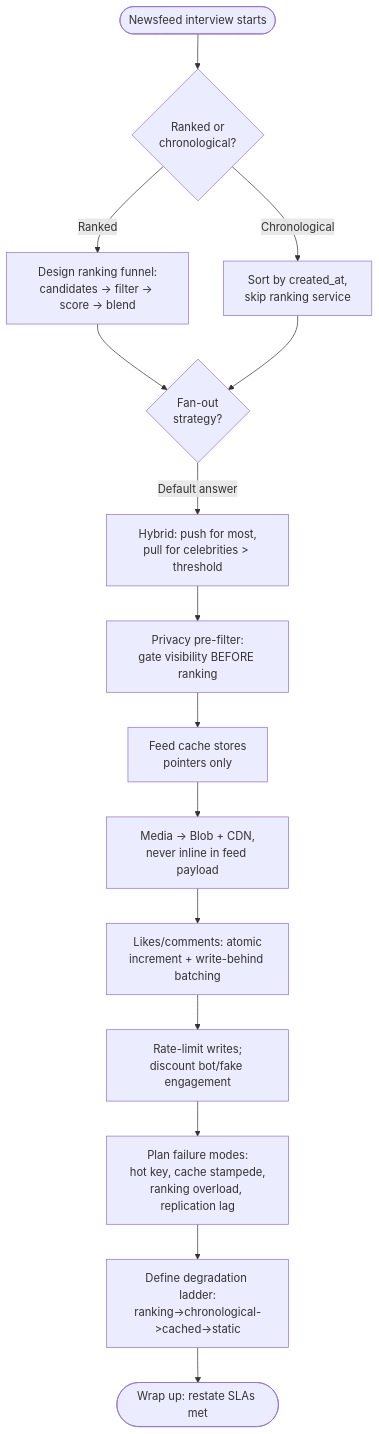
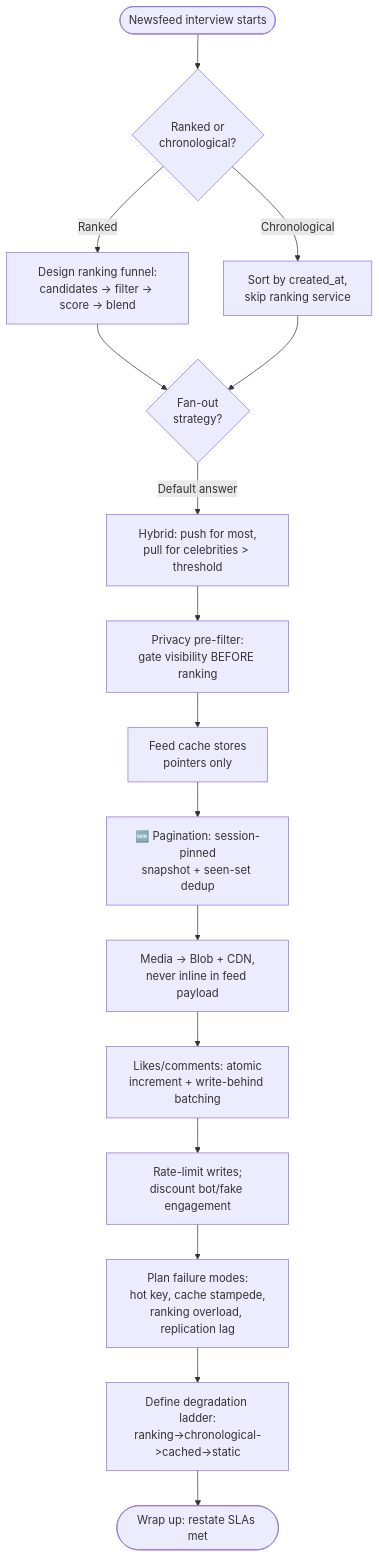
One commit to riyaz-pasha/Learnings changed diagram 21 of 21 in system-design/HLD/0-course/32-Design Newsfeed System-FAANG-Guide.md. Above: the diagram before and after it, drawn with Mermaid. The commit also changed other lines of this file and 50 other files, not shown here.

````diff
--- a/system-design/HLD/0-course/32-Design Newsfeed System-FAANG-Guide.md
+++ b/system-design/HLD/0-course/32-Design Newsfeed System-FAANG-Guide.md
@@ -866,17 +978,18 @@
 ```mermaid
 flowchart TD
     Start([Newsfeed interview starts]) --> Q1{Ranked or\nchronological?}
     Q1 -->|Ranked| Rank[Design ranking funnel:\ncandidates -> filter -> score -> blend]
     Q1 -->|Chronological| Simple[Sort by created_at,\nskip ranking service]
     Rank --> FanOut
     Simple --> FanOut
     FanOut{Fan-out\nstrategy?} -->|Default answer| Hybrid[Hybrid: push for most,\npull for celebrities > threshold]
     Hybrid --> Privacy[Privacy pre-filter:\ngate visibility BEFORE ranking]
     Privacy --> Cache[Feed cache stores\n<post_id,user_id> pointers only]
-    Cache --> Media[Media -> Blob + CDN,\nnever inline in feed payload]
+    Cache --> Page["🆕 Pagination: session-pinned\nsnapshot + seen-set dedup"]
+    Page --> Media[Media -> Blob + CDN,\nnever inline in feed payload]
     Media --> Counters[Likes/comments: atomic\nincrement + write-behind batching]
     Counters --> Abuse[Rate-limit writes;\ndiscount bot/fake engagement]
     Abuse --> Fail[Plan failure modes:\nhot key, cache stampede,\nranking overload, replication lag]
     Fail --> Degrade[Define degradation ladder:\nranking->chronological->cached->static]
     Degrade --> Done([Wrap up: restate SLAs met])
 ```
````
